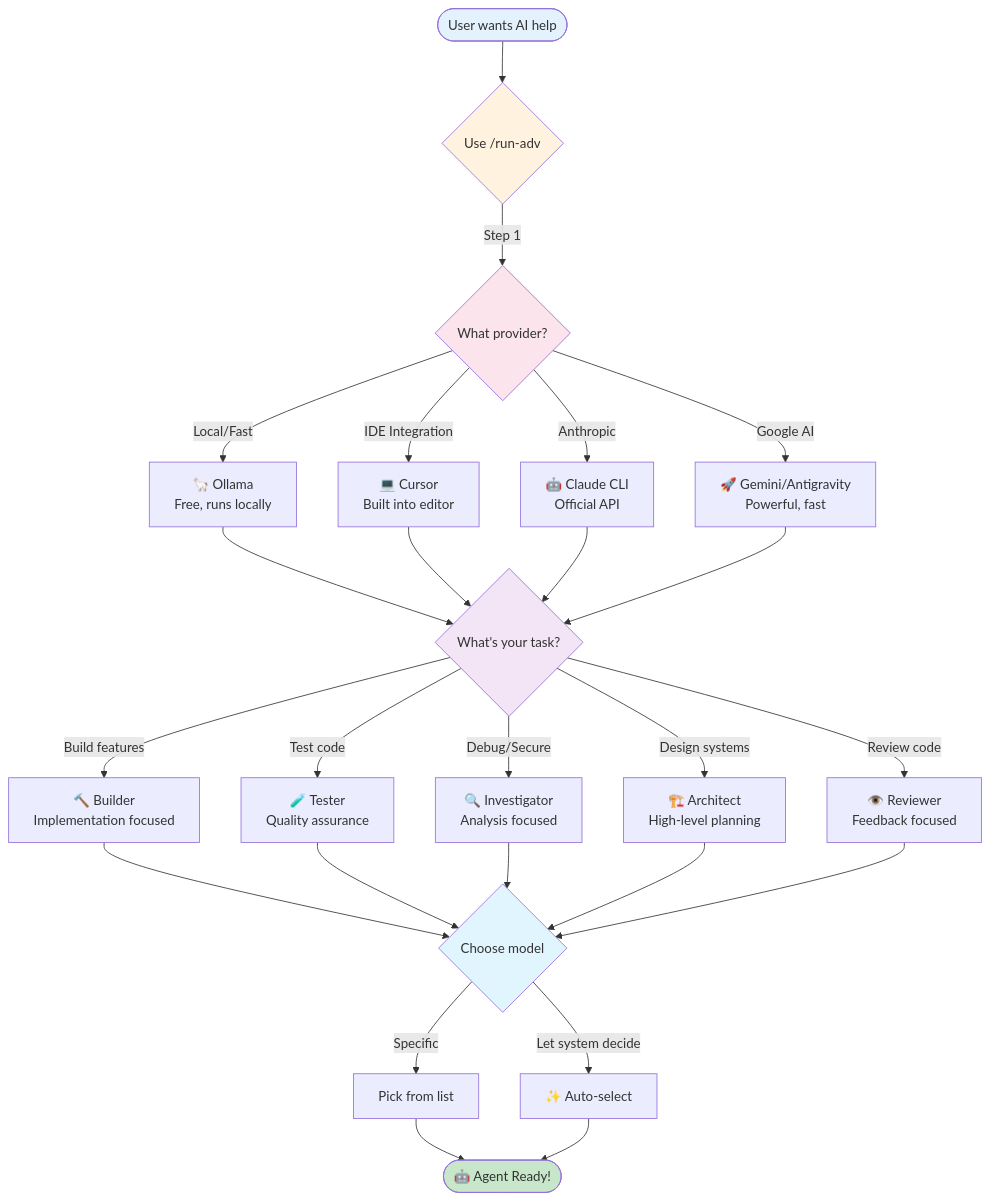
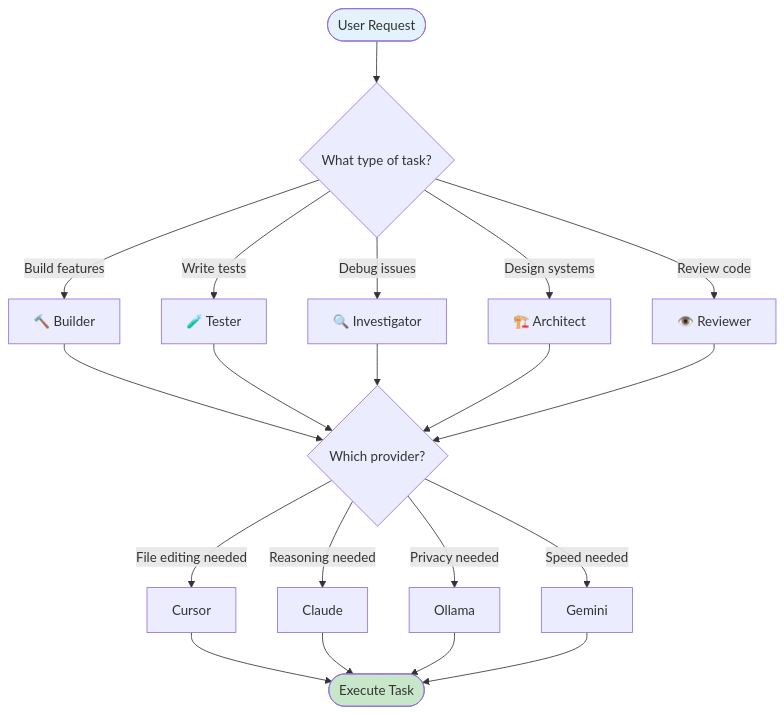
One commit to jessesep/claude-code-discord changed the sixth of 6 diagrams in docs/AGENT-ROLE-SYSTEM.md. Above: the diagram before and after it, drawn with Mermaid. The commit also changed other lines of this file and 37 other files, not shown here.

````diff
--- a/docs/AGENT-ROLE-SYSTEM.md
+++ b/docs/AGENT-ROLE-SYSTEM.md
@@ -204,32 +305,22 @@
 ```mermaid
 graph TD
-    Start([User wants AI help]) --> Command{Use /run-adv}
+    Start([User Request]) --> Task{What type of task?}
     
-    Command -->|Step 1| Provider{What provider?}
-    Provider -->|Local/Fast| Ollama[🦙 Ollama<br/>Free, runs locally]
-    Provider -->|IDE Integration| Cursor[💻 Cursor<br/>Built into editor]
-    Provider -->|Anthropic| Claude[🤖 Claude CLI<br/>Official API]
-    Provider -->|Google AI| Gemini[🚀 Gemini/Antigravity<br/>Powerful, fast]
+    Task -->|Build features| Builder[🔨 Builder]
+    Task -->|Write tests| Tester[🧪 Tester]
+    Task -->|Debug issues| Investigator[🔍 Investigator]
+    Task -->|Design systems| Architect[🏗️ Architect]
+    Task -->|Review code| Reviewer[👁️ Reviewer]
     
-    Ollama & Cursor & Claude & Gemini --> Role{What's your task?}
+    Builder & Tester & Investigator & Architect & Reviewer --> Provider{Which provider?}
     
-    Role -->|Build features| Builder[🔨 Builder<br/>Implementation focused]
-    Role -->|Test code| Tester[🧪 Tester<br/>Quality assurance]
-    Role -->|Debug/Secure| Investigator[🔍 Investigator<br/>Analysis focused]
-    Role -->|Design systems| Architect[🏗️ Architect<br/>High-level planning]
-    Role -->|Review code| Reviewer[👁️ Reviewer<br/>Feedback focused]
+    Provider -->|File editing needed| Cursor[Cursor]
+    Provider -->|Reasoning needed| Claude[Claude]
+    Provider -->|Privacy needed| Ollama[Ollama]
+    Provider -->|Speed needed| Gemini[Gemini]
     
-    Builder & Tester & Investigator & Architect & Reviewer --> Model{Choose model}
-    
-    Model -->|Specific| SelectModel[Pick from list]
-    Model -->|Let system decide| AutoSelect[✨ Auto-select]
-    
-    SelectModel & AutoSelect --> Ready([🤖 Agent Ready!])
+    Cursor & Claude & Ollama & Gemini --> Execute([Execute Task])
     
     style Start fill:#e3f2fd
-    style Ready fill:#c8e6c9
-    style Command fill:#fff3e0
-    style Provider fill:#fce4ec
-    style Role fill:#f3e5f5
-    style Model fill:#e1f5fe
+    style Execute fill:#c8e6c9
 ```
````
